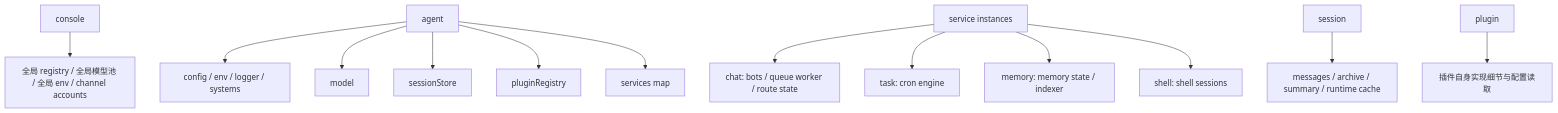
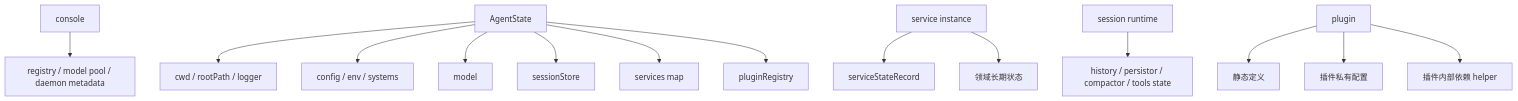
The fifth of 7 diagrams in devdocs/agent-native-architecture-design.md (wangenius/downcity), drawn with Mermaid before and after one commit. The commit also changed other lines of this file and 96 other files, not shown here.

````diff
--- a/devdocs/agent-native-architecture-design.md
+++ b/devdocs/agent-native-architecture-design.md
@@ -310,19 +179,20 @@
 ```mermaid
 flowchart TD
-  CONSOLE["console"] --> C1["全局 registry / 全局模型池 / 全局 env / channel accounts"]
+  CONSOLE["console"] --> C1["registry / model pool / daemon metadata"]
 
-  AGENT["agent"] --> A1["config / env / logger / systems"]
-  AGENT --> A2["model"]
-  AGENT --> A3["sessionStore"]
-  AGENT --> A4["pluginRegistry"]
+  AGENT["AgentState"] --> A1["cwd / rootPath / logger"]
+  AGENT --> A2["config / env / systems"]
+  AGENT --> A3["model"]
+  AGENT --> A4["sessionStore"]
   AGENT --> A5["services map"]
+  AGENT --> A6["pluginRegistry"]
 
-  SERVICES["service instances"] --> S1["chat: bots / queue worker / route state"]
-  SERVICES --> S2["task: cron engine"]
-  SERVICES --> S3["memory: memory state / indexer"]
-  SERVICES --> S4["shell: shell sessions"]
+  SERVICES["service instance"] --> S1["serviceStateRecord"]
+  SERVICES --> S2["领域长期状态"]
 
-  SESSION["session"] --> R1["messages / archive / summary / runtime cache"]
+  SESSION["session runtime"] --> R1["history / persistor / compactor / tools state"]
 
-  PLUGIN["plugin"] --> P1["插件自身实现细节与配置读取"]
+  PLUGIN["plugin"] --> P1["静态定义"]
+  PLUGIN --> P2["插件私有配置"]
+  PLUGIN --> P3["插件内部依赖 helper"]
 ```
````
